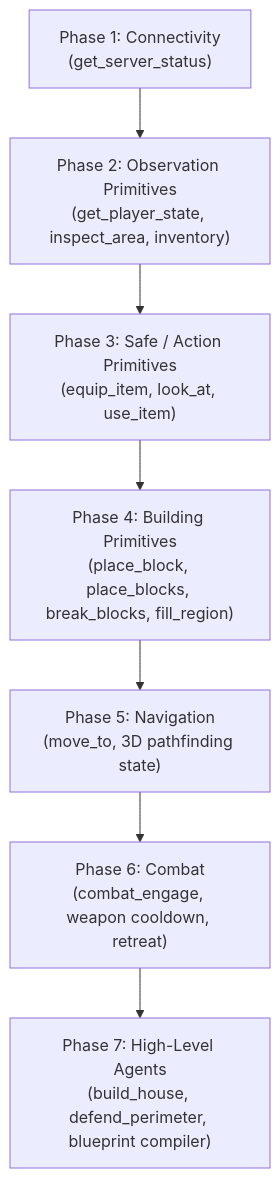
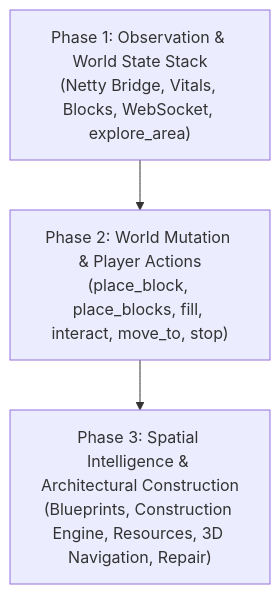
The diagram in docs/implementation.md (atomotos/Minecraft_mcp), drawn with Mermaid before and after one commit. The commit also changed other lines of this file and 41 other files, not shown here.

Commit message:
feat: complete Phase 3 Spatial Intelligence, Architecture & Autonomous Construction

````diff
--- a/docs/implementation.md
+++ b/docs/implementation.md
@@ -116,9 +116,5 @@
 ```mermaid
 flowchart TD
-    P1["Phase 1: Connectivity\n(get_server_status)"] --> P2["Phase 2: Observation Primitives\n(get_player_state, inspect_area, inventory)"]
-    P2 --> P3["Phase 3: Safe / Action Primitives\n(equip_item, look_at, use_item)"]
-    P3 --> P4["Phase 4: Building Primitives\n(place_block, place_blocks, break_blocks, fill_region)"]
-    P4 --> P5["Phase 5: Navigation\n(move_to, 3D pathfinding state)"]
-    P5 --> P6["Phase 6: Combat\n(combat_engage, weapon cooldown, retreat)"]
-    P6 --> P7["Phase 7: High-Level Agents\n(build_house, defend_perimeter, blueprint compiler)"]
+    P1["Phase 1: Observation & World State Stack\n(Netty Bridge, Vitals, Blocks, WebSocket, explore_area)"] --> P2["Phase 2: World Mutation & Player Actions\n(place_block, place_blocks, fill, interact, move_to, stop)"]
+    P2 --> P3["Phase 3: Spatial Intelligence & Architectural Construction\n(Blueprints, Construction Engine, Resources, 3D Navigation, Repair)"]
 ```
````
